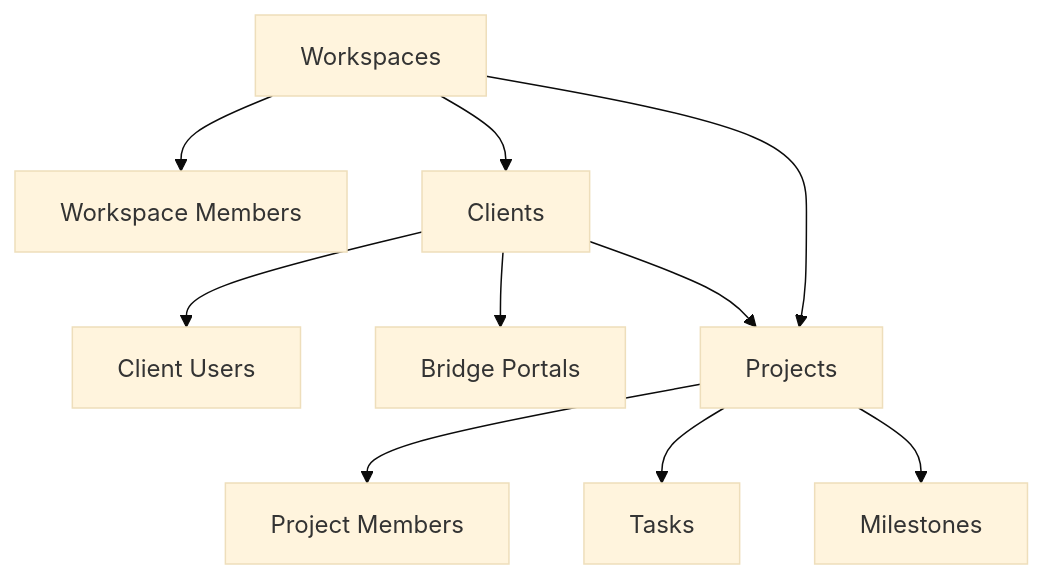
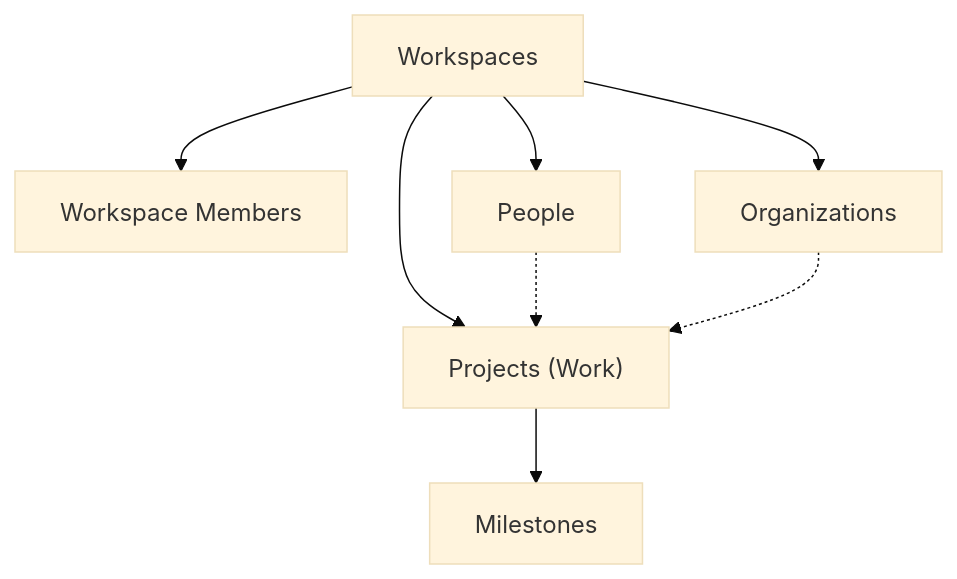
One commit to createdbysalt/salt changed the diagram in supabase/CLAUDE.md. Above: the diagram before and after it, drawn with Mermaid (base theme). The commit also changed other lines of this file and 616 other files, not shown here.

````diff
--- a/supabase/CLAUDE.md
+++ b/supabase/CLAUDE.md
@@ -42,12 +56,10 @@
 ```mermaid
 graph TD
     A[Workspaces] --> B[Workspace Members]
-    A --> C[Clients]
-    C --> D[Client Users]
-    C --> E[Bridge Portals]
-    A --> F[Projects]
-    C --> F
-    F --> G[Project Members]
-    F --> H[Tasks]
+    A --> C[People]
+    A --> D[Organizations]
+    A --> F["Projects (Work)"]
+    C -.-> F
+    D -.-> F
     F --> I[Milestones]
 ```
````
